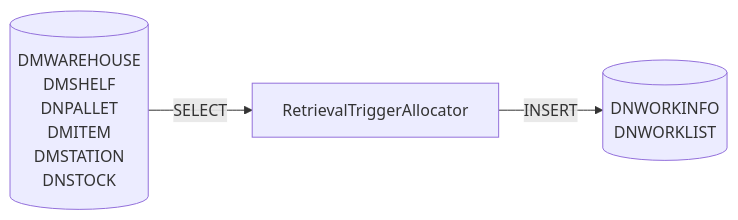
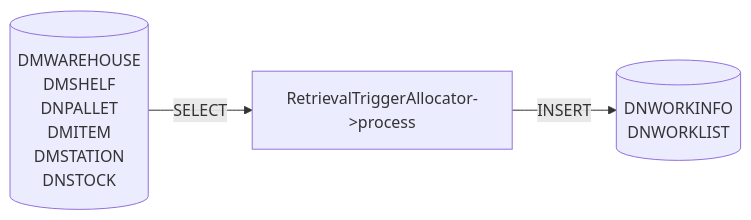
One commit to luthfiadityaa/SimeDarby-Wiki changed the ninth of 15 diagrams in Basic-Design/DFD-WMS/Retrieval/Stacked-Empty-Pallet.md. Above: the diagram before and after it, drawn with Mermaid.

Commit message:
Updated Stacked Empty Pallet

```diff
--- a/Basic-Design/DFD-WMS/Retrieval/Stacked-Empty-Pallet.md
+++ b/Basic-Design/DFD-WMS/Retrieval/Stacked-Empty-Pallet.md
@@ -235,25 +235,25 @@
 ::: mermaid
 flowchart LR    
 
     tableList-insert[("
         DNWORKINFO
         DNWORKLIST
     ")]
 
      tableList-select[("
         DMWAREHOUSE
         DMSHELF
         DNPALLET
         DMITEM
         DMSTATION
         DNSTOCK
     ")]
 
-    className[RetrievalTriggerAllocator]
+    className[RetrievalTriggerAllocator->process]
 
     className --> |INSERT| tableList-insert
     tableList-select --> |SELECT| className
 
     classDef leftAlign text-align:left;
     class input leftAlign;
 :::
```
